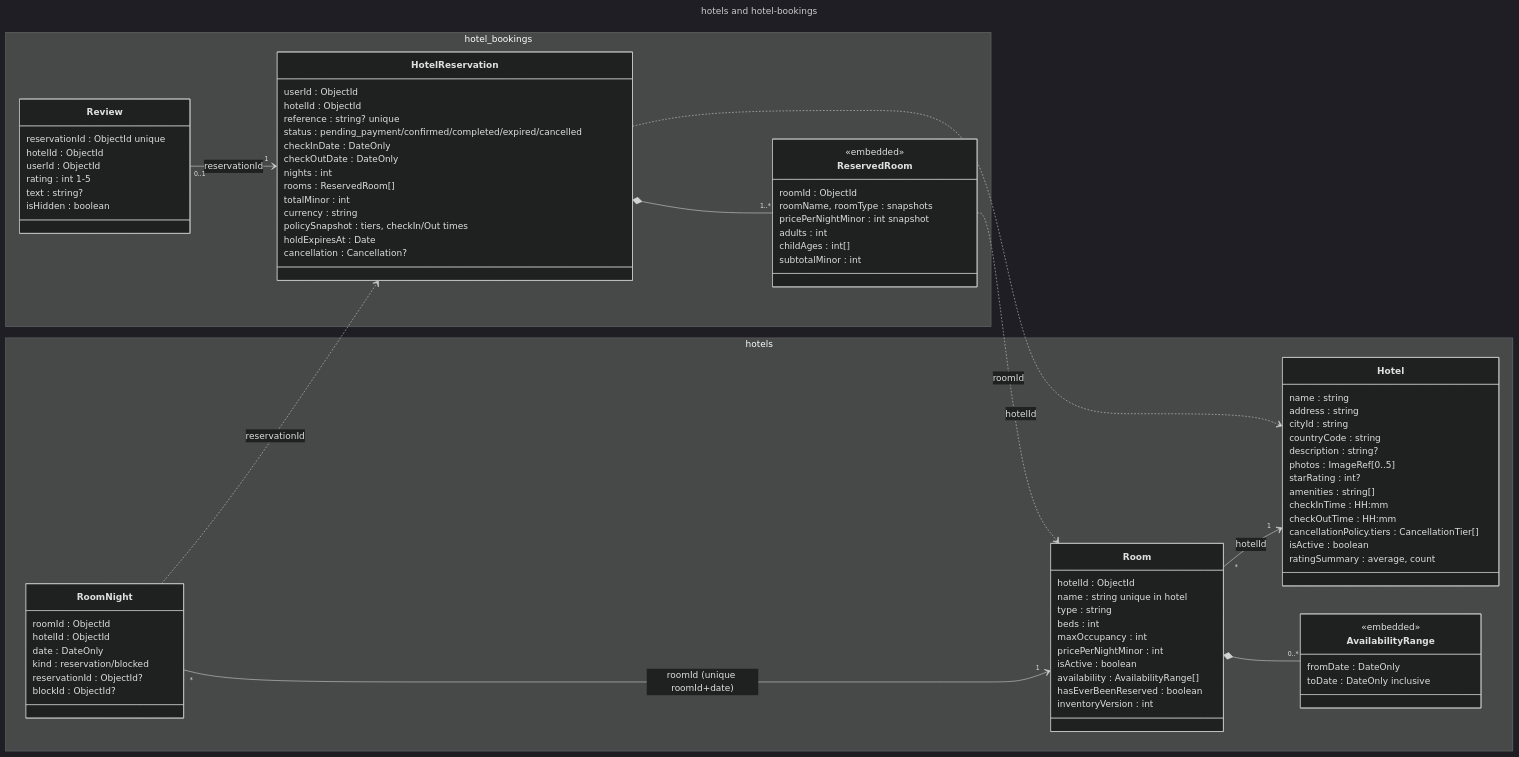
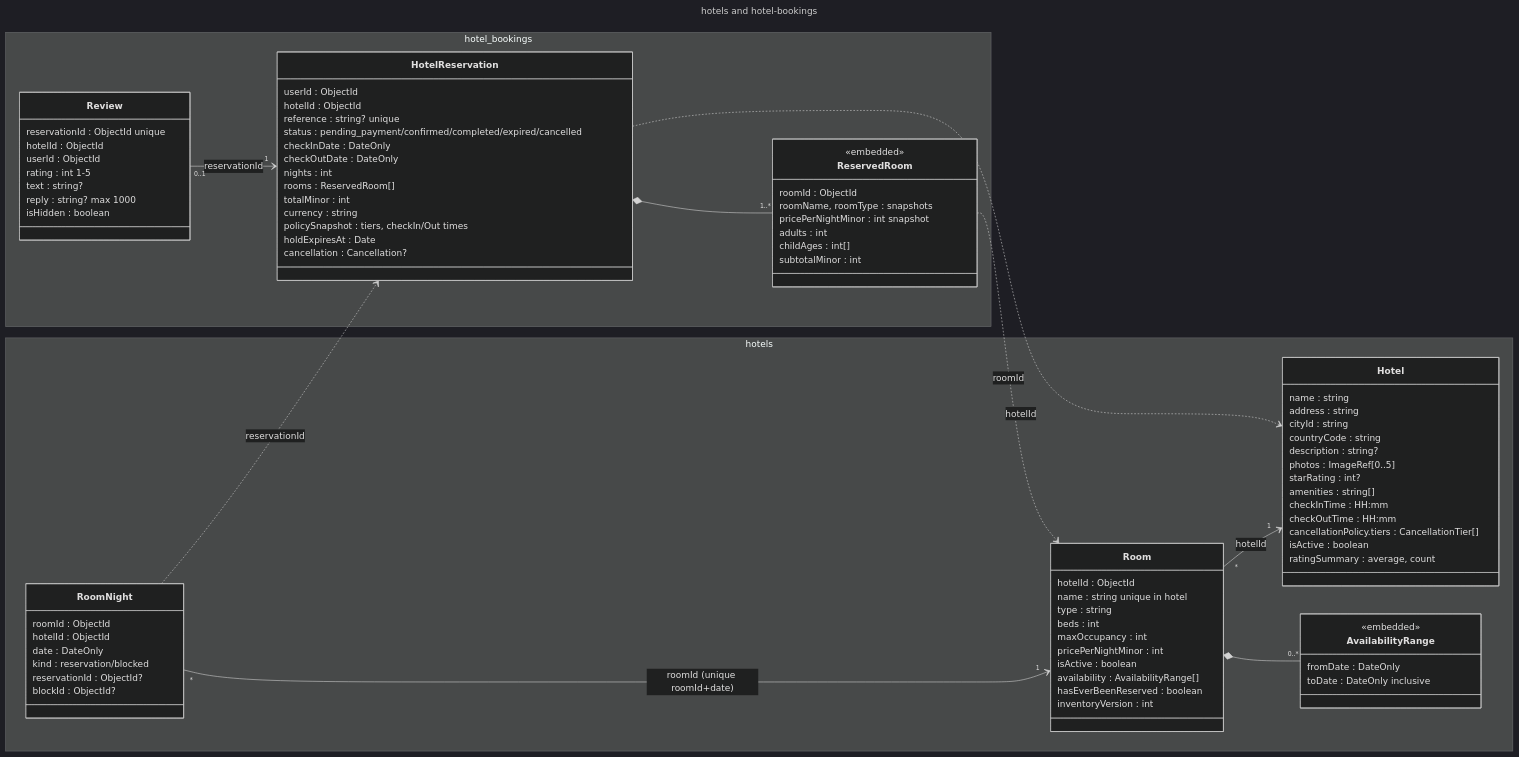
The diagram in docs/database/diagrams/03-hotels.mmd (Host173/Man2o4ah), drawn with Mermaid (dark theme) before and after one commit. The commit also changed 7 other files, not shown here.

```diff
--- a/docs/database/diagrams/03-hotels.mmd
+++ b/docs/database/diagrams/03-hotels.mmd
@@ -1,89 +1,90 @@
 ---
 title: hotels and hotel-bookings
 ---
 classDiagram
   direction LR
   namespace hotels {
     class Hotel {
       name : string
       address : string
       cityId : string
       countryCode : string
       description : string?
       photos : ImageRef[0..5]
       starRating : int?
       amenities : string[]
       checkInTime : HH:mm
       checkOutTime : HH:mm
       cancellationPolicy.tiers : CancellationTier[]
       isActive : boolean
       ratingSummary : average, count
     }
     class Room {
       hotelId : ObjectId
       name : string unique in hotel
       type : string
       beds : int
       maxOccupancy : int
       pricePerNightMinor : int
       isActive : boolean
       availability : AvailabilityRange[]
       hasEverBeenReserved : boolean
       inventoryVersion : int
     }
     class AvailabilityRange {
       <<embedded>>
       fromDate : DateOnly
       toDate : DateOnly inclusive
     }
     class RoomNight {
       roomId : ObjectId
       hotelId : ObjectId
       date : DateOnly
       kind : reservation/blocked
       reservationId : ObjectId?
       blockId : ObjectId?
     }
   }
   namespace hotel_bookings {
     class HotelReservation {
       userId : ObjectId
       hotelId : ObjectId
       reference : string? unique
       status : pending_payment/confirmed/completed/expired/cancelled
       checkInDate : DateOnly
       checkOutDate : DateOnly
       nights : int
       rooms : ReservedRoom[]
       totalMinor : int
       currency : string
       policySnapshot : tiers, checkIn/Out times
       holdExpiresAt : Date
       cancellation : Cancellation?
     }
     class ReservedRoom {
       <<embedded>>
       roomId : ObjectId
       roomName, roomType : snapshots
       pricePerNightMinor : int snapshot
       adults : int
       childAges : int[]
       subtotalMinor : int
     }
     class Review {
       reservationId : ObjectId unique
       hotelId : ObjectId
       userId : ObjectId
       rating : int 1-5
       text : string?
+      reply : string? max 1000
       isHidden : boolean
     }
   }
   Room "*" --> "1" Hotel : hotelId
   Room *-- "0..*" AvailabilityRange
   RoomNight "*" --> "1" Room : roomId (unique roomId+date)
   RoomNight ..> HotelReservation : reservationId
   HotelReservation *-- "1..*" ReservedRoom
   HotelReservation ..> Hotel : hotelId
   ReservedRoom ..> Room : roomId
   Review "0..1" --> "1" HotelReservation : reservationId
```
